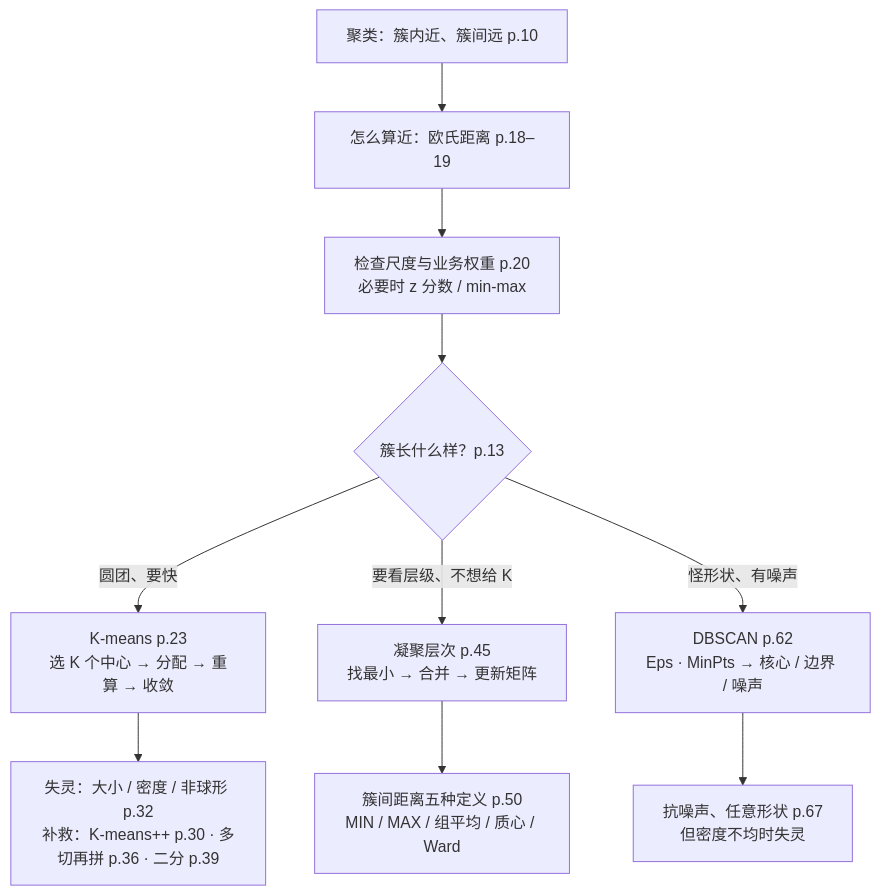
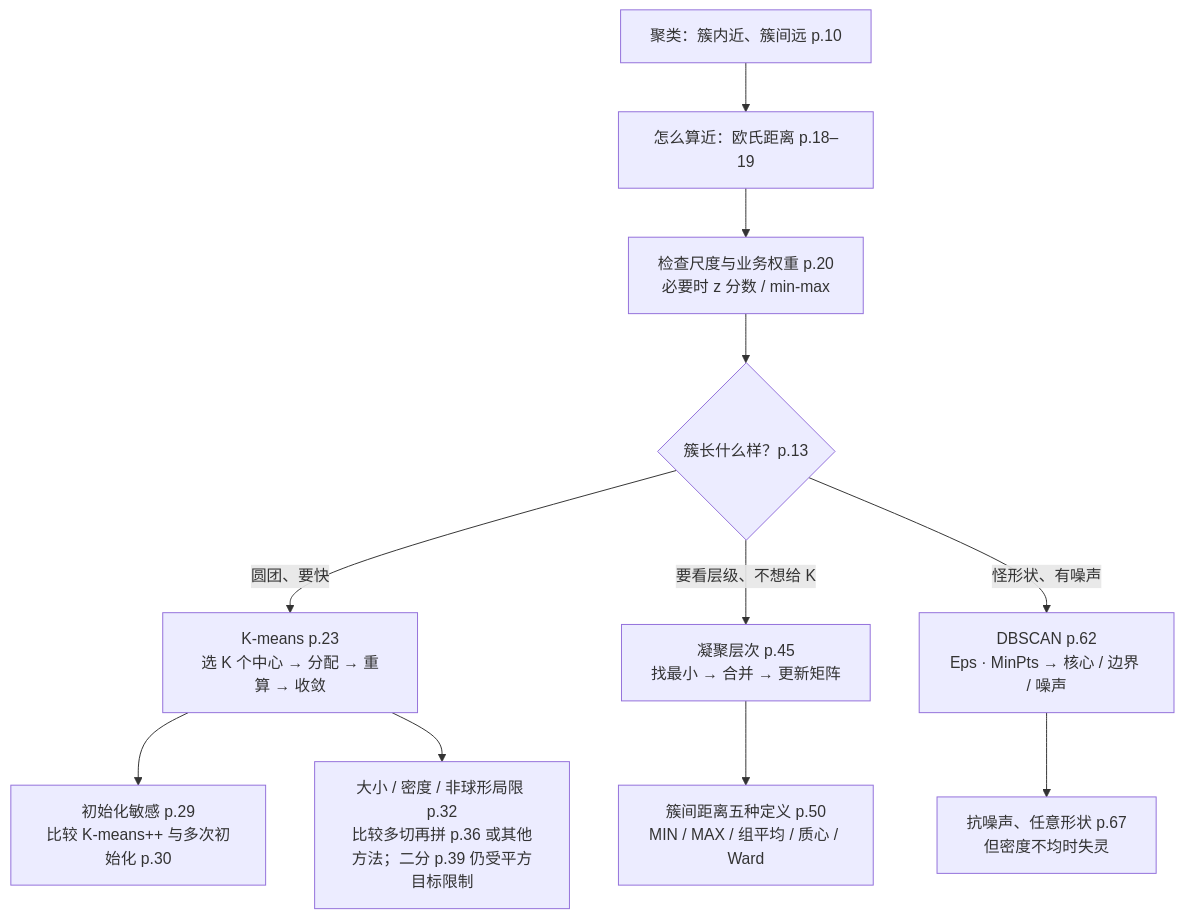
One commit to CercaTrovato/cityu-ai-course-notes changed the ninth of 11 diagrams in IS6400_Business_Data_Analytics/notes/M05-聚类-Kmeans层次与DBSCAN.md. Above: the diagram before and after it, drawn with Mermaid. The commit also changed other lines of this file and 58 other files, not shown here.

````diff
--- a/IS6400_Business_Data_Analytics/notes/M05-聚类-Kmeans层次与DBSCAN.md
+++ b/IS6400_Business_Data_Analytics/notes/M05-聚类-Kmeans层次与DBSCAN.md
@@ -2999,12 +3029,13 @@
 ```mermaid
 flowchart TD
     A[聚类：簇内近、簇间远 p.10] --> B[怎么算近：欧氏距离 p.18–19]
     B --> C[检查尺度与业务权重 p.20<br/>必要时 z 分数 / min-max]
     C --> D{簇长什么样？p.13}
     D -->|圆团、要快| K[K-means p.23<br/>选 K 个中心 → 分配 → 重算 → 收敛]
     D -->|要看层级、不想给 K| H[凝聚层次 p.45<br/>找最小 → 合并 → 更新矩阵]
     D -->|怪形状、有噪声| S[DBSCAN p.62<br/>Eps · MinPts → 核心 / 边界 / 噪声]
-    K --> K1[失灵：大小 / 密度 / 非球形 p.32<br/>补救：K-means++ p.30 · 多切再拼 p.36 · 二分 p.39]
+    K --> K0[初始化敏感 p.29<br/>比较 K-means++ 与多次初始化 p.30]
+    K --> K1[大小 / 密度 / 非球形局限 p.32<br/>比较多切再拼 p.36 或其他方法；二分 p.39 仍受平方目标限制]
     H --> H1[簇间距离五种定义 p.50<br/>MIN / MAX / 组平均 / 质心 / Ward]
     S --> S1[抗噪声、任意形状 p.67<br/>但密度不均时失灵]
 ```
````
